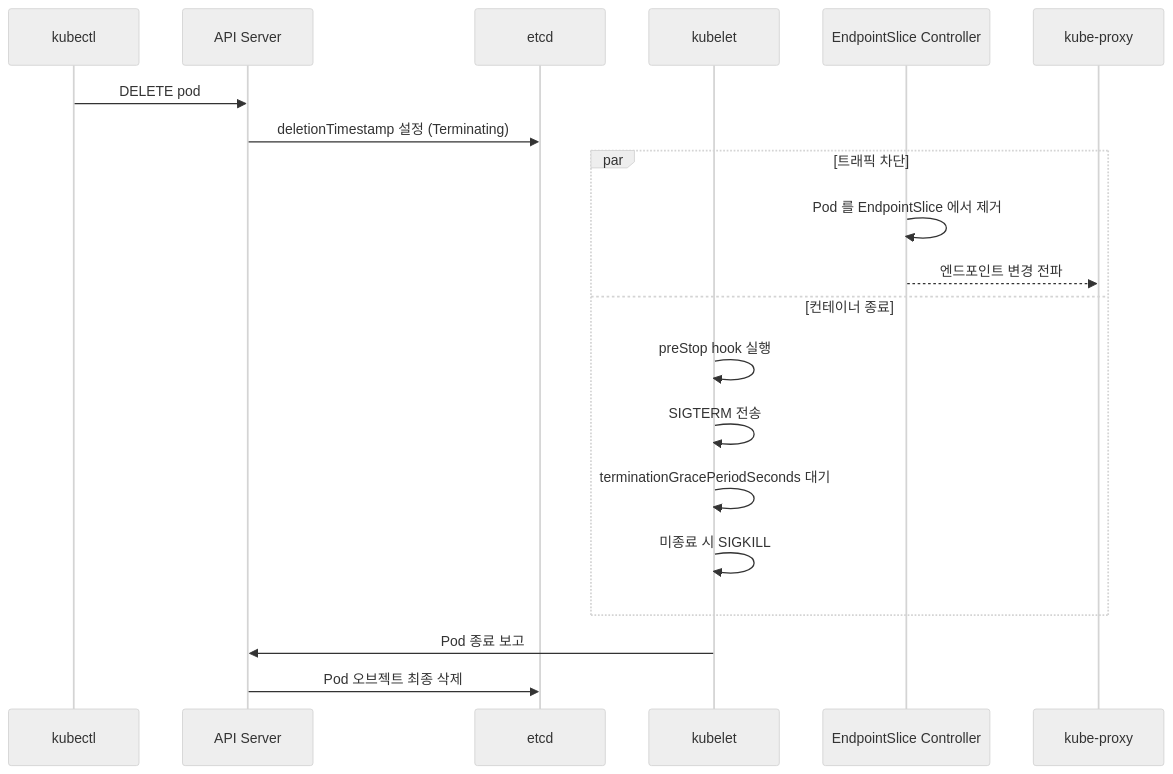
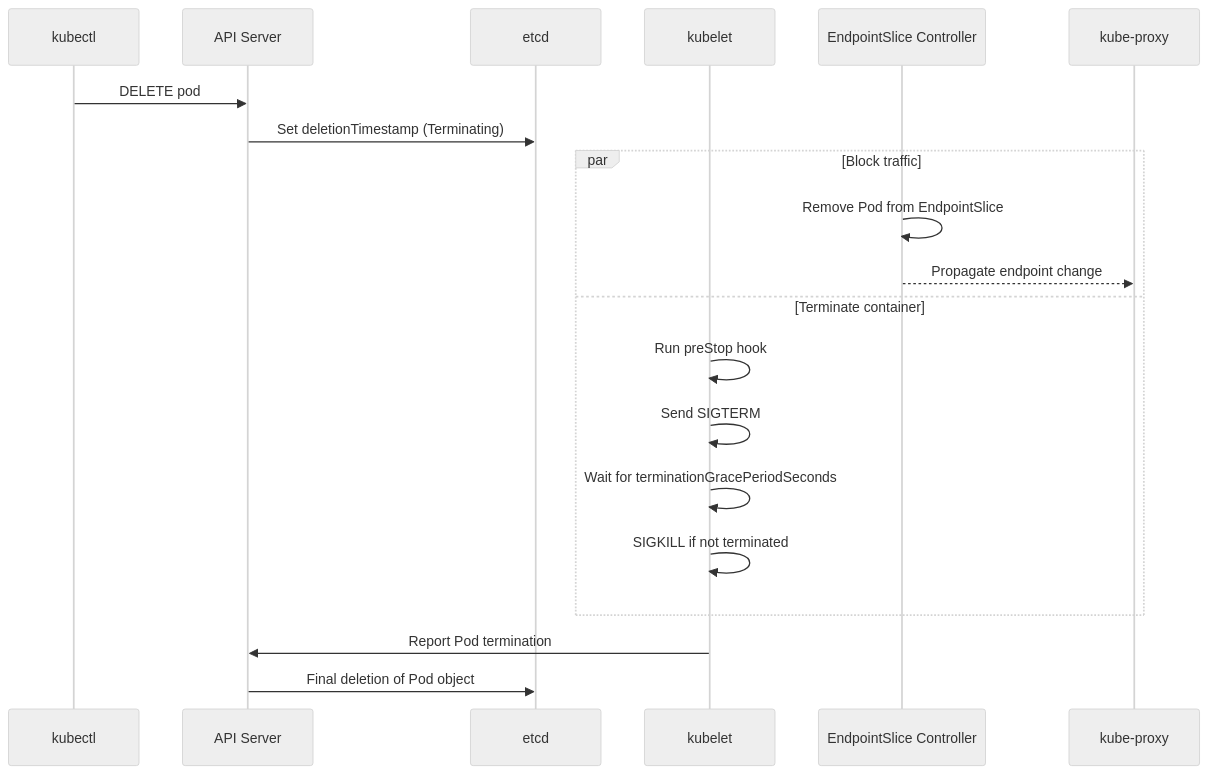
Before and after one commit to jeonck/k8s-adv: the diagram in content/usecases/47-uc-pod-deletion.md, drawn with Mermaid (neutral theme). The commit also changed other lines of this file and 223 other files, not shown here.

````diff
--- a/content/usecases/47-uc-pod-deletion.md
+++ b/content/usecases/47-uc-pod-deletion.md
@@ -15,22 +15,22 @@
 ```mermaid
 sequenceDiagram
     participant U as kubectl
     participant A as API Server
     participant E as etcd
     participant K as kubelet
     participant EP as EndpointSlice Controller
     participant P as kube-proxy
     U->>A: DELETE pod
-    A->>E: deletionTimestamp 설정 (Terminating)
-    par 트래픽 차단
-        EP->>EP: Pod 를 EndpointSlice 에서 제거
-        EP-->>P: 엔드포인트 변경 전파
-    and 컨테이너 종료
-        K->>K: preStop hook 실행
-        K->>K: SIGTERM 전송
-        K->>K: terminationGracePeriodSeconds 대기
-        K->>K: 미종료 시 SIGKILL
+    A->>E: Set deletionTimestamp (Terminating)
+    par Block traffic
+        EP->>EP: Remove Pod from EndpointSlice
+        EP-->>P: Propagate endpoint change
+    and Terminate container
+        K->>K: Run preStop hook
+        K->>K: Send SIGTERM
+        K->>K: Wait for terminationGracePeriodSeconds
+        K->>K: SIGKILL if not terminated
     end
-    K->>A: Pod 종료 보고
-    A->>E: Pod 오브젝트 최종 삭제
+    K->>A: Report Pod termination
+    A->>E: Final deletion of Pod object
 ```
````
